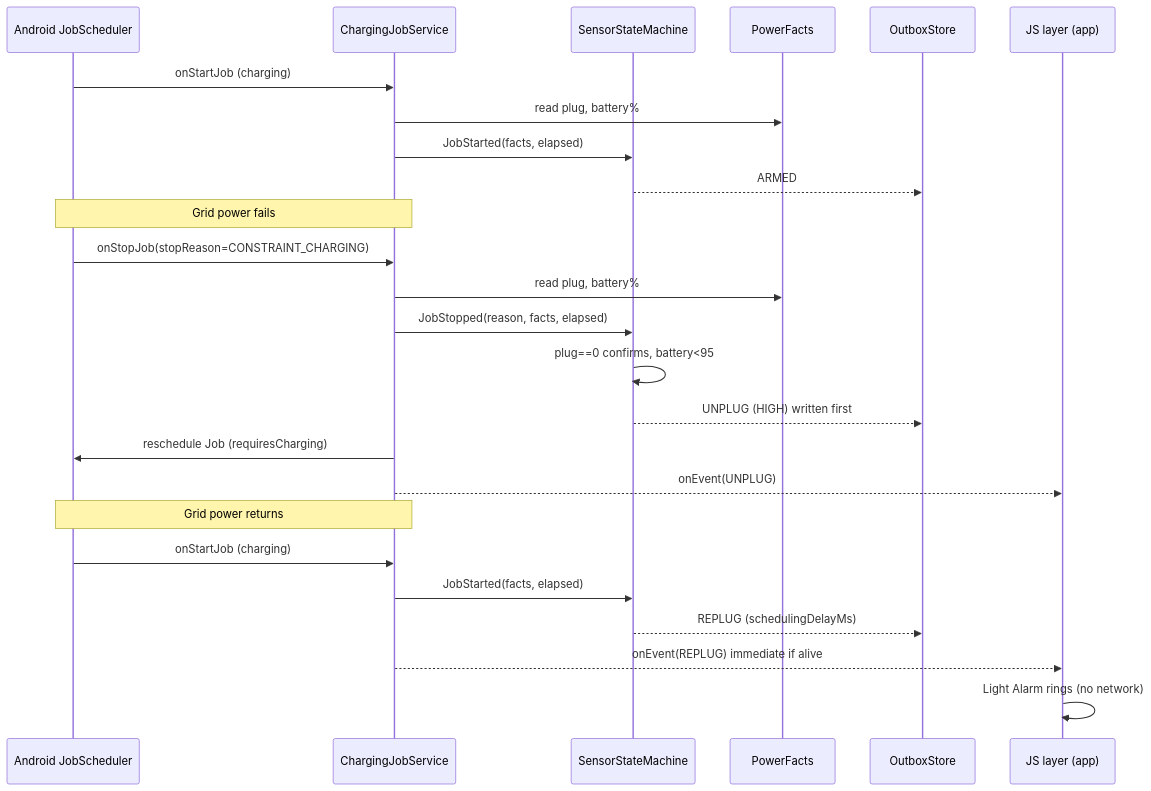
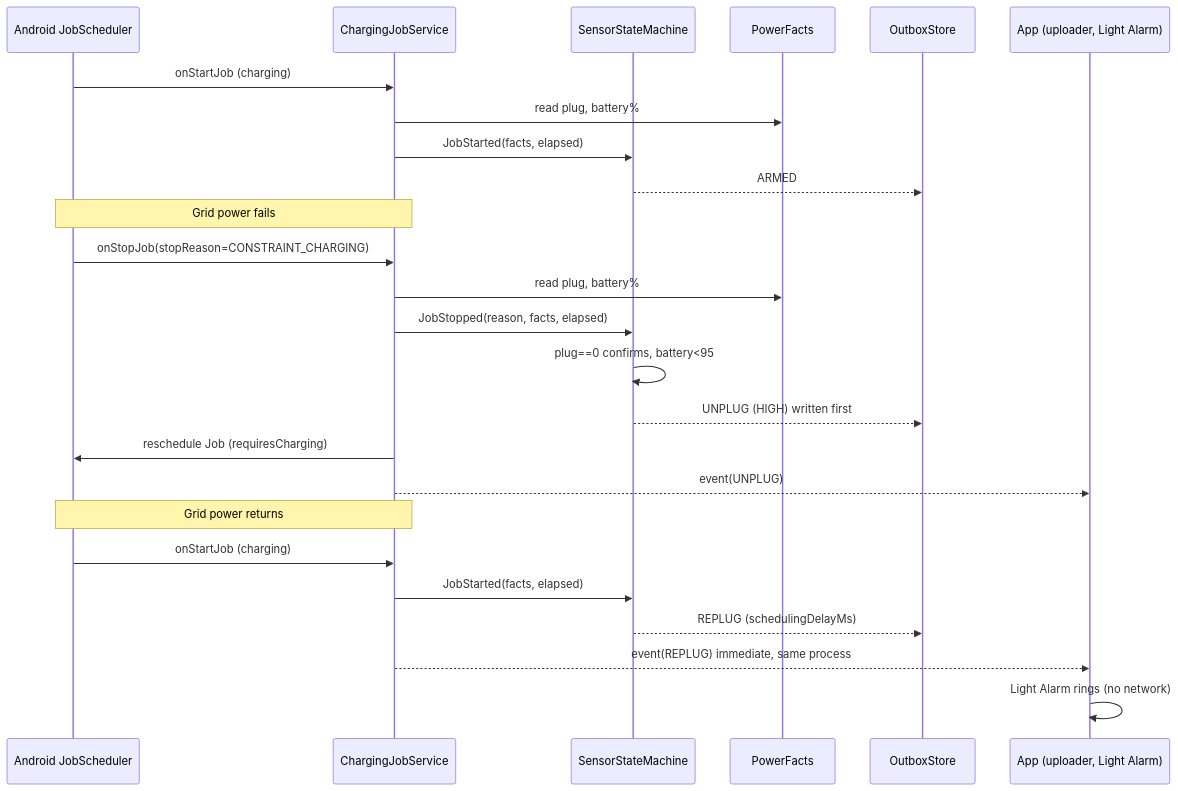
The second of 5 diagrams in .kiro/specs/sensor-android/design.md (3akare/outage), drawn with Mermaid before and after one commit. The commit also changed other lines of this file and 108 other files, not shown here.

````diff
--- a/.kiro/specs/sensor-android/design.md
+++ b/.kiro/specs/sensor-android/design.md
@@ -69,28 +69,28 @@
 ```mermaid
 sequenceDiagram
     participant OS as Android JobScheduler
     participant Svc as ChargingJobService
     participant SM as SensorStateMachine
     participant Facts as PowerFacts
     participant DB as OutboxStore
-    participant JS as JS layer (app)
+    participant App as App (uploader, Light Alarm)
 
     OS->>Svc: onStartJob (charging)
     Svc->>Facts: read plug, battery%
     Svc->>SM: JobStarted(facts, elapsed)
     SM-->>DB: ARMED
     Note over OS,Svc: Grid power fails
     OS->>Svc: onStopJob(stopReason=CONSTRAINT_CHARGING)
     Svc->>Facts: read plug, battery%
     Svc->>SM: JobStopped(reason, facts, elapsed)
     SM->>SM: plug==0 confirms, battery<95
     SM-->>DB: UNPLUG (HIGH) written first
     Svc->>OS: reschedule Job (requiresCharging)
-    Svc-->>JS: onEvent(UNPLUG)
+    Svc-->>App: event(UNPLUG)
     Note over OS,Svc: Grid power returns
     OS->>Svc: onStartJob (charging)
     Svc->>SM: JobStarted(facts, elapsed)
     SM-->>DB: REPLUG (schedulingDelayMs)
-    Svc-->>JS: onEvent(REPLUG) immediate if alive
-    JS->>JS: Light Alarm rings (no network)
+    Svc-->>App: event(REPLUG) immediate, same process
+    App->>App: Light Alarm rings (no network)
 ```
````
